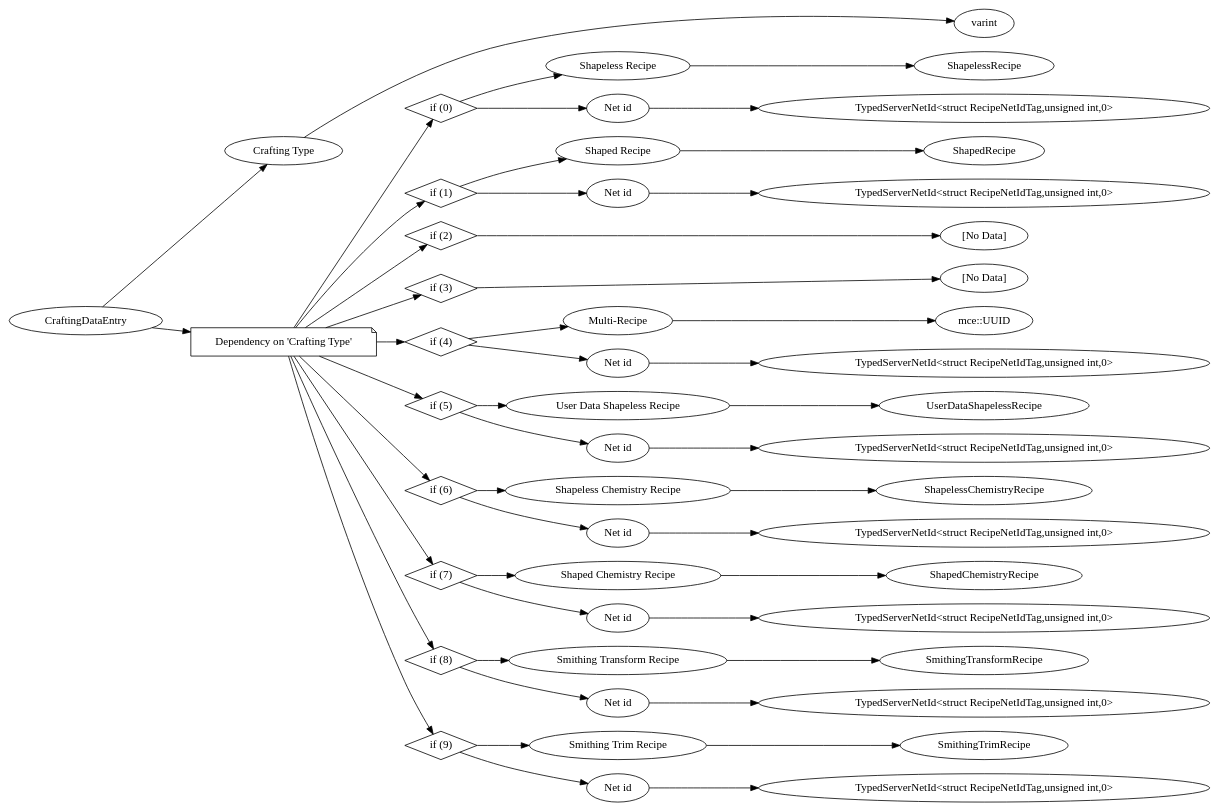
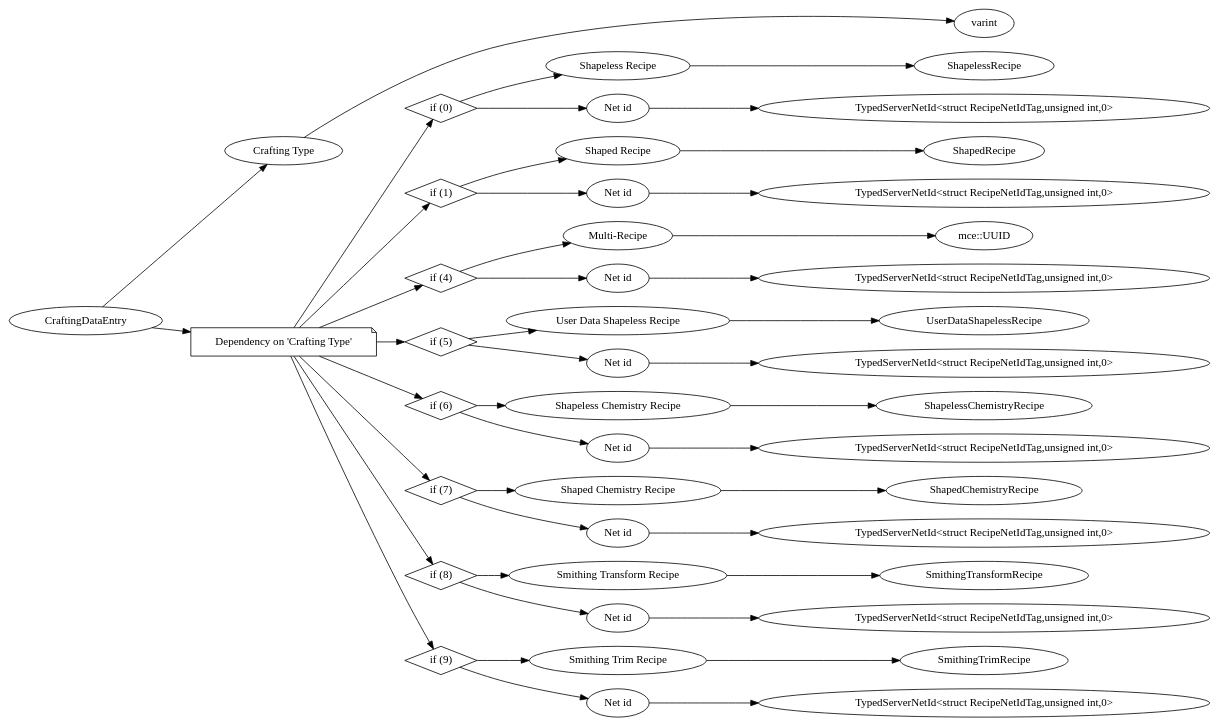
One commit to Mojang/bedrock-protocol-docs changed the diagram in dot/CraftingDataEntry.dot. Above: the diagram before and after it, drawn with Graphviz. The commit also changed 433 other files, not shown here.

```diff
--- a/dot/CraftingDataEntry.dot
+++ b/dot/CraftingDataEntry.dot
@@ -1,102 +1,94 @@
 digraph "CraftingDataEntry" {
 rankdir = LR
 1
 1 -> 2
 2 -> 3
 1 -> 4
 4 -> 5
 5 -> 6
 6 -> 7
 5 -> 8
 8 -> 9
 4 -> 10
 10 -> 11
 11 -> 12
 10 -> 13
 13 -> 14
 4 -> 15
 15 -> 16
-4 -> 17
-17 -> 18
-4 -> 19
-19 -> 20
+16 -> 17
+15 -> 18
+18 -> 19
+4 -> 20
 20 -> 21
-19 -> 22
-22 -> 23
-4 -> 24
-24 -> 25
+21 -> 22
+20 -> 23
+23 -> 24
+4 -> 25
 25 -> 26
-24 -> 27
-27 -> 28
-4 -> 29
-29 -> 30
+26 -> 27
+25 -> 28
+28 -> 29
+4 -> 30
 30 -> 31
-29 -> 32
-32 -> 33
-4 -> 34
-34 -> 35
+31 -> 32
+30 -> 33
+33 -> 34
+4 -> 35
 35 -> 36
-34 -> 37
-37 -> 38
-4 -> 39
-39 -> 40
+36 -> 37
+35 -> 38
+38 -> 39
+4 -> 40
 40 -> 41
-39 -> 42
-42 -> 43
-4 -> 44
-44 -> 45
-45 -> 46
-44 -> 47
-47 -> 48
+41 -> 42
+40 -> 43
+43 -> 44
 
 1 [label="CraftingDataEntry",comment="name: \"CraftingDataEntry\", typeName: \"\", id: 1, branchId: 0, recurseId: -1, attributes: 0, notes: \"\""];
 2 [label="Crafting Type",comment="name: \"Crafting Type\", typeName: \"\", id: 2, branchId: 0, recurseId: -1, attributes: 0, notes: \"\""];
 3 [label="varint",comment="name: \"varint\", typeName: \"\", id: 3, branchId: 0, recurseId: -1, attributes: 512, notes: \"\""];
 4 [label="Dependency on 'Crafting Type'",shape=note,comment="name: \"Dependency on 'Crafting Type'\", typeName: \"\", id: 4, branchId: 0, recurseId: -1, attributes: 2, notes: \"\""];
 5 [label="if (0)",shape=diamond,comment="name: \"if (0)\", typeName: \"\", id: 5, branchId: 0, recurseId: -1, attributes: 4, notes: \"\""];
 6 [label="Shapeless Recipe",comment="name: \"Shapeless Recipe\", typeName: \"\", id: 6, branchId: 0, recurseId: -1, attributes: 256, notes: \"\""];
 7 [label="ShapelessRecipe",comment="name: \"ShapelessRecipe\", typeName: \"\", id: 7, branchId: 0, recurseId: -1, attributes: 512, notes: \"\""];
 8 [label="Net id",comment="name: \"Net id\", typeName: \"\", id: 8, branchId: 0, recurseId: -1, attributes: 256, notes: \"\""];
 9 [label="TypedServerNetId<struct RecipeNetIdTag,unsigned int,0>",comment="name: \"TypedServerNetId<struct RecipeNetIdTag,unsigned int,0>\", typeName: \"\", id: 9, branchId: 0, recurseId: -1, attributes: 512, notes: \"\""];
 10 [label="if (1)",shape=diamond,comment="name: \"if (1)\", typeName: \"\", id: 10, branchId: 1, recurseId: -1, attributes: 4, notes: \"\""];
 11 [label="Shaped Recipe",comment="name: \"Shaped Recipe\", typeName: \"\", id: 11, branchId: 0, recurseId: -1, attributes: 256, notes: \"\""];
 12 [label="ShapedRecipe",comment="name: \"ShapedRecipe\", typeName: \"\", id: 12, branchId: 0, recurseId: -1, attributes: 512, notes: \"\""];
 13 [label="Net id",comment="name: \"Net id\", typeName: \"\", id: 13, branchId: 0, recurseId: -1, attributes: 256, notes: \"\""];
 14 [label="TypedServerNetId<struct RecipeNetIdTag,unsigned int,0>",comment="name: \"TypedServerNetId<struct RecipeNetIdTag,unsigned int,0>\", typeName: \"\", id: 14, branchId: 0, recurseId: -1, attributes: 512, notes: \"\""];
-15 [label="if (2)",shape=diamond,comment="name: \"if (2)\", typeName: \"\", id: 15, branchId: 2, recurseId: -1, attributes: 4, notes: \"\""];
-16 [label="[No Data]",comment="name: \"[No Data]\", typeName: \"\", id: 16, branchId: 0, recurseId: -1, attributes: 512, notes: \"\""];
-17 [label="if (3)",shape=diamond,comment="name: \"if (3)\", typeName: \"\", id: 17, branchId: 3, recurseId: -1, attributes: 4, notes: \"\""];
-18 [label="[No Data]",comment="name: \"[No Data]\", typeName: \"\", id: 18, branchId: 0, recurseId: -1, attributes: 512, notes: \"\""];
-19 [label="if (4)",shape=diamond,comment="name: \"if (4)\", typeName: \"\", id: 19, branchId: 4, recurseId: -1, attributes: 4, notes: \"\""];
-20 [label="Multi-Recipe",comment="name: \"Multi-Recipe\", typeName: \"\", id: 20, branchId: 0, recurseId: -1, attributes: 256, notes: \"\""];
-21 [label="mce::UUID",comment="name: \"mce::UUID\", typeName: \"\", id: 21, branchId: 0, recurseId: -1, attributes: 512, notes: \"\""];
-22 [label="Net id",comment="name: \"Net id\", typeName: \"\", id: 22, branchId: 0, recurseId: -1, attributes: 256, notes: \"\""];
-23 [label="TypedServerNetId<struct RecipeNetIdTag,unsigned int,0>",comment="name: \"TypedServerNetId<struct RecipeNetIdTag,unsigned int,0>\", typeName: \"\", id: 23, branchId: 0, recurseId: -1, attributes: 512, notes: \"\""];
-24 [label="if (5)",shape=diamond,comment="name: \"if (5)\", typeName: \"\", id: 24, branchId: 5, recurseId: -1, attributes: 4, notes: \"\""];
-25 [label="User Data Shapeless Recipe",comment="name: \"User Data Shapeless Recipe\", typeName: \"\", id: 25, branchId: 0, recurseId: -1, attributes: 256, notes: \"\""];
-26 [label="UserDataShapelessRecipe",comment="name: \"UserDataShapelessRecipe\", typeName: \"\", id: 26, branchId: 0, recurseId: -1, attributes: 512, notes: \"\""];
-27 [label="Net id",comment="name: \"Net id\", typeName: \"\", id: 27, branchId: 0, recurseId: -1, attributes: 256, notes: \"\""];
-28 [label="TypedServerNetId<struct RecipeNetIdTag,unsigned int,0>",comment="name: \"TypedServerNetId<struct RecipeNetIdTag,unsigned int,0>\", typeName: \"\", id: 28, branchId: 0, recurseId: -1, attributes: 512, notes: \"\""];
-29 [label="if (6)",shape=diamond,comment="name: \"if (6)\", typeName: \"\", id: 29, branchId: 6, recurseId: -1, attributes: 4, notes: \"\""];
-30 [label="Shapeless Chemistry Recipe",comment="name: \"Shapeless Chemistry Recipe\", typeName: \"\", id: 30, branchId: 0, recurseId: -1, attributes: 256, notes: \"\""];
-31 [label="ShapelessChemistryRecipe",comment="name: \"ShapelessChemistryRecipe\", typeName: \"\", id: 31, branchId: 0, recurseId: -1, attributes: 512, notes: \"\""];
-32 [label="Net id",comment="name: \"Net id\", typeName: \"\", id: 32, branchId: 0, recurseId: -1, attributes: 256, notes: \"\""];
-33 [label="TypedServerNetId<struct RecipeNetIdTag,unsigned int,0>",comment="name: \"TypedServerNetId<struct RecipeNetIdTag,unsigned int,0>\", typeName: \"\", id: 33, branchId: 0, recurseId: -1, attributes: 512, notes: \"\""];
-34 [label="if (7)",shape=diamond,comment="name: \"if (7)\", typeName: \"\", id: 34, branchId: 7, recurseId: -1, attributes: 4, notes: \"\""];
-35 [label="Shaped Chemistry Recipe",comment="name: \"Shaped Chemistry Recipe\", typeName: \"\", id: 35, branchId: 0, recurseId: -1, attributes: 256, notes: \"\""];
-36 [label="ShapedChemistryRecipe",comment="name: \"ShapedChemistryRecipe\", typeName: \"\", id: 36, branchId: 0, recurseId: -1, attributes: 512, notes: \"\""];
-37 [label="Net id",comment="name: \"Net id\", typeName: \"\", id: 37, branchId: 0, recurseId: -1, attributes: 256, notes: \"\""];
-38 [label="TypedServerNetId<struct RecipeNetIdTag,unsigned int,0>",comment="name: \"TypedServerNetId<struct RecipeNetIdTag,unsigned int,0>\", typeName: \"\", id: 38, branchId: 0, recurseId: -1, attributes: 512, notes: \"\""];
-39 [label="if (8)",shape=diamond,comment="name: \"if (8)\", typeName: \"\", id: 39, branchId: 8, recurseId: -1, attributes: 4, notes: \"\""];
-40 [label="Smithing Transform Recipe",comment="name: \"Smithing Transform Recipe\", typeName: \"\", id: 40, branchId: 0, recurseId: -1, attributes: 256, notes: \"\""];
-41 [label="SmithingTransformRecipe",comment="name: \"SmithingTransformRecipe\", typeName: \"\", id: 41, branchId: 0, recurseId: -1, attributes: 512, notes: \"\""];
-42 [label="Net id",comment="name: \"Net id\", typeName: \"\", id: 42, branchId: 0, recurseId: -1, attributes: 256, notes: \"\""];
-43 [label="TypedServerNetId<struct RecipeNetIdTag,unsigned int,0>",comment="name: \"TypedServerNetId<struct RecipeNetIdTag,unsigned int,0>\", typeName: \"\", id: 43, branchId: 0, recurseId: -1, attributes: 512, notes: \"\""];
-44 [label="if (9)",shape=diamond,comment="name: \"if (9)\", typeName: \"\", id: 44, branchId: 9, recurseId: -1, attributes: 4, notes: \"\""];
-45 [label="Smithing Trim Recipe",comment="name: \"Smithing Trim Recipe\", typeName: \"\", id: 45, branchId: 0, recurseId: -1, attributes: 256, notes: \"\""];
-46 [label="SmithingTrimRecipe",comment="name: \"SmithingTrimRecipe\", typeName: \"\", id: 46, branchId: 0, recurseId: -1, attributes: 512, notes: \"\""];
-47 [label="Net id",comment="name: \"Net id\", typeName: \"\", id: 47, branchId: 0, recurseId: -1, attributes: 256, notes: \"\""];
-48 [label="TypedServerNetId<struct RecipeNetIdTag,unsigned int,0>",comment="name: \"TypedServerNetId<struct RecipeNetIdTag,unsigned int,0>\", typeName: \"\", id: 48, branchId: 0, recurseId: -1, attributes: 512, notes: \"\""];
-{ rank = max;3;7;9;12;14;16;18;21;23;26;28;31;33;36;38;41;43;46;48}
+15 [label="if (4)",shape=diamond,comment="name: \"if (4)\", typeName: \"\", id: 15, branchId: 4, recurseId: -1, attributes: 4, notes: \"\""];
+16 [label="Multi-Recipe",comment="name: \"Multi-Recipe\", typeName: \"\", id: 16, branchId: 0, recurseId: -1, attributes: 256, notes: \"\""];
+17 [label="mce::UUID",comment="name: \"mce::UUID\", typeName: \"\", id: 17, branchId: 0, recurseId: -1, attributes: 512, notes: \"\""];
+18 [label="Net id",comment="name: \"Net id\", typeName: \"\", id: 18, branchId: 0, recurseId: -1, attributes: 256, notes: \"\""];
+19 [label="TypedServerNetId<struct RecipeNetIdTag,unsigned int,0>",comment="name: \"TypedServerNetId<struct RecipeNetIdTag,unsigned int,0>\", typeName: \"\", id: 19, branchId: 0, recurseId: -1, attributes: 512, notes: \"\""];
+20 [label="if (5)",shape=diamond,comment="name: \"if (5)\", typeName: \"\", id: 20, branchId: 5, recurseId: -1, attributes: 4, notes: \"\""];
+21 [label="User Data Shapeless Recipe",comment="name: \"User Data Shapeless Recipe\", typeName: \"\", id: 21, branchId: 0, recurseId: -1, attributes: 256, notes: \"\""];
+22 [label="UserDataShapelessRecipe",comment="name: \"UserDataShapelessRecipe\", typeName: \"\", id: 22, branchId: 0, recurseId: -1, attributes: 512, notes: \"\""];
+23 [label="Net id",comment="name: \"Net id\", typeName: \"\", id: 23, branchId: 0, recurseId: -1, attributes: 256, notes: \"\""];
+24 [label="TypedServerNetId<struct RecipeNetIdTag,unsigned int,0>",comment="name: \"TypedServerNetId<struct RecipeNetIdTag,unsigned int,0>\", typeName: \"\", id: 24, branchId: 0, recurseId: -1, attributes: 512, notes: \"\""];
+25 [label="if (6)",shape=diamond,comment="name: \"if (6)\", typeName: \"\", id: 25, branchId: 6, recurseId: -1, attributes: 4, notes: \"\""];
+26 [label="Shapeless Chemistry Recipe",comment="name: \"Shapeless Chemistry Recipe\", typeName: \"\", id: 26, branchId: 0, recurseId: -1, attributes: 256, notes: \"\""];
+27 [label="ShapelessChemistryRecipe",comment="name: \"ShapelessChemistryRecipe\", typeName: \"\", id: 27, branchId: 0, recurseId: -1, attributes: 512, notes: \"\""];
+28 [label="Net id",comment="name: \"Net id\", typeName: \"\", id: 28, branchId: 0, recurseId: -1, attributes: 256, notes: \"\""];
+29 [label="TypedServerNetId<struct RecipeNetIdTag,unsigned int,0>",comment="name: \"TypedServerNetId<struct RecipeNetIdTag,unsigned int,0>\", typeName: \"\", id: 29, branchId: 0, recurseId: -1, attributes: 512, notes: \"\""];
+30 [label="if (7)",shape=diamond,comment="name: \"if (7)\", typeName: \"\", id: 30, branchId: 7, recurseId: -1, attributes: 4, notes: \"\""];
+31 [label="Shaped Chemistry Recipe",comment="name: \"Shaped Chemistry Recipe\", typeName: \"\", id: 31, branchId: 0, recurseId: -1, attributes: 256, notes: \"\""];
+32 [label="ShapedChemistryRecipe",comment="name: \"ShapedChemistryRecipe\", typeName: \"\", id: 32, branchId: 0, recurseId: -1, attributes: 512, notes: \"\""];
+33 [label="Net id",comment="name: \"Net id\", typeName: \"\", id: 33, branchId: 0, recurseId: -1, attributes: 256, notes: \"\""];
+34 [label="TypedServerNetId<struct RecipeNetIdTag,unsigned int,0>",comment="name: \"TypedServerNetId<struct RecipeNetIdTag,unsigned int,0>\", typeName: \"\", id: 34, branchId: 0, recurseId: -1, attributes: 512, notes: \"\""];
+35 [label="if (8)",shape=diamond,comment="name: \"if (8)\", typeName: \"\", id: 35, branchId: 8, recurseId: -1, attributes: 4, notes: \"\""];
+36 [label="Smithing Transform Recipe",comment="name: \"Smithing Transform Recipe\", typeName: \"\", id: 36, branchId: 0, recurseId: -1, attributes: 256, notes: \"\""];
+37 [label="SmithingTransformRecipe",comment="name: \"SmithingTransformRecipe\", typeName: \"\", id: 37, branchId: 0, recurseId: -1, attributes: 512, notes: \"\""];
+38 [label="Net id",comment="name: \"Net id\", typeName: \"\", id: 38, branchId: 0, recurseId: -1, attributes: 256, notes: \"\""];
+39 [label="TypedServerNetId<struct RecipeNetIdTag,unsigned int,0>",comment="name: \"TypedServerNetId<struct RecipeNetIdTag,unsigned int,0>\", typeName: \"\", id: 39, branchId: 0, recurseId: -1, attributes: 512, notes: \"\""];
+40 [label="if (9)",shape=diamond,comment="name: \"if (9)\", typeName: \"\", id: 40, branchId: 9, recurseId: -1, attributes: 4, notes: \"\""];
+41 [label="Smithing Trim Recipe",comment="name: \"Smithing Trim Recipe\", typeName: \"\", id: 41, branchId: 0, recurseId: -1, attributes: 256, notes: \"\""];
+42 [label="SmithingTrimRecipe",comment="name: \"SmithingTrimRecipe\", typeName: \"\", id: 42, branchId: 0, recurseId: -1, attributes: 512, notes: \"\""];
+43 [label="Net id",comment="name: \"Net id\", typeName: \"\", id: 43, branchId: 0, recurseId: -1, attributes: 256, notes: \"\""];
+44 [label="TypedServerNetId<struct RecipeNetIdTag,unsigned int,0>",comment="name: \"TypedServerNetId<struct RecipeNetIdTag,unsigned int,0>\", typeName: \"\", id: 44, branchId: 0, recurseId: -1, attributes: 512, notes: \"\""];
+{ rank = max;3;7;9;12;14;17;19;22;24;27;29;32;34;37;39;42;44}
 
 }
```
